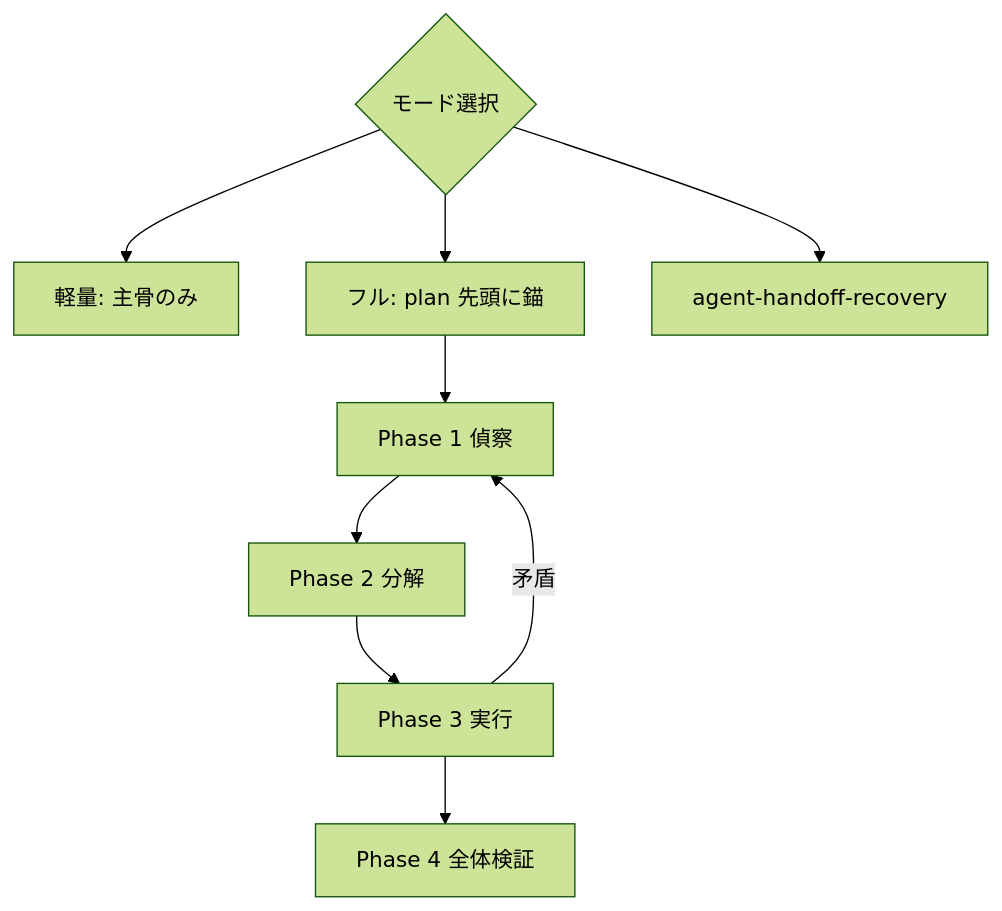
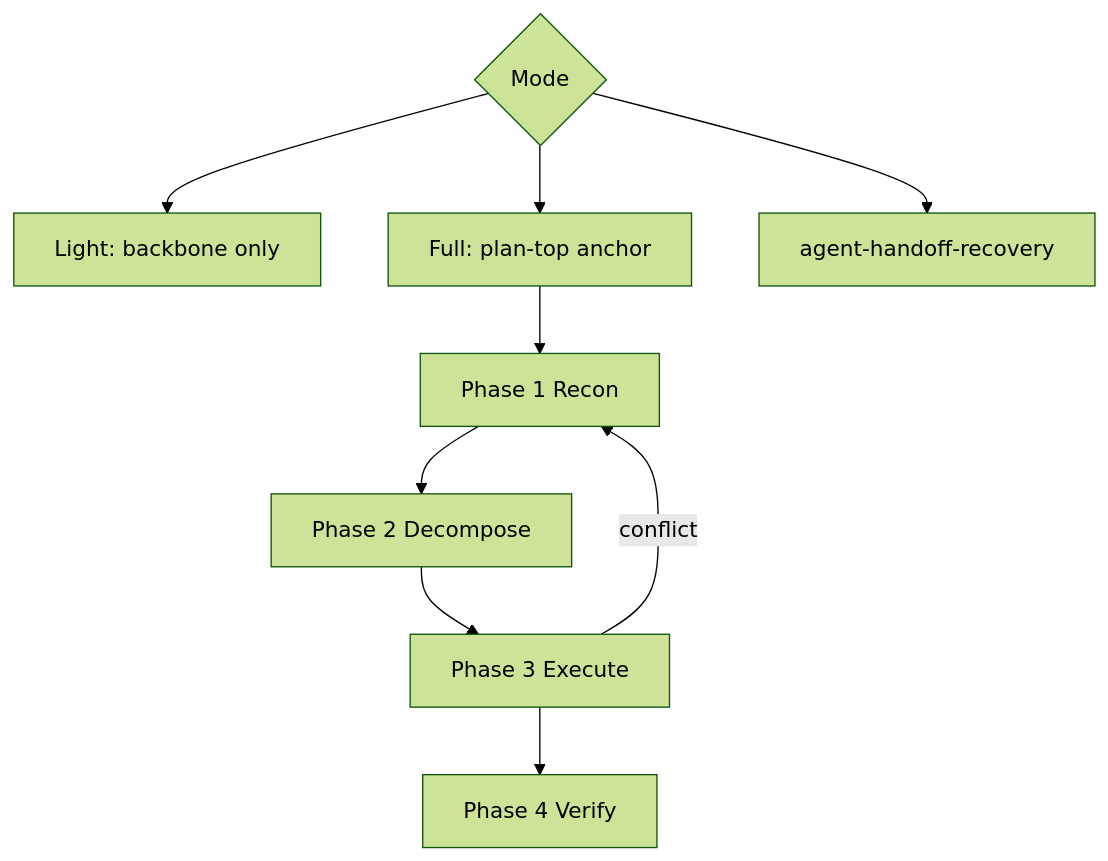
Before and after one commit to bokujuu/bokujuu_cursorsetup: the diagram in skills/fable-style-reasoning/SKILL.md, drawn with Mermaid (forest theme). The commit also changed other lines of this file and 9 other files, not shown here.

````diff
--- a/skills/fable-style-reasoning/SKILL.md
+++ b/skills/fable-style-reasoning/SKILL.md
@@ -120,11 +131,11 @@
 ```mermaid
 flowchart TD
-  M{モード選択} --> L[軽量: 主骨のみ]
-  M --> F[フル: plan 先頭に錨]
-  F --> P1[Phase 1 偵察]
-  P1 --> P2[Phase 2 分解]
-  P2 --> P3[Phase 3 実行]
-  P3 --> P4[Phase 4 全体検証]
-  P3 -->|矛盾| P1
+  M{Mode} --> L[Light: backbone only]
+  M --> F[Full: plan-top anchor]
+  F --> P1[Phase 1 Recon]
+  P1 --> P2[Phase 2 Decompose]
+  P2 --> P3[Phase 3 Execute]
+  P3 --> P4[Phase 4 Verify]
+  P3 -->|conflict| P1
   M --> R[agent-handoff-recovery]
 ```
````
